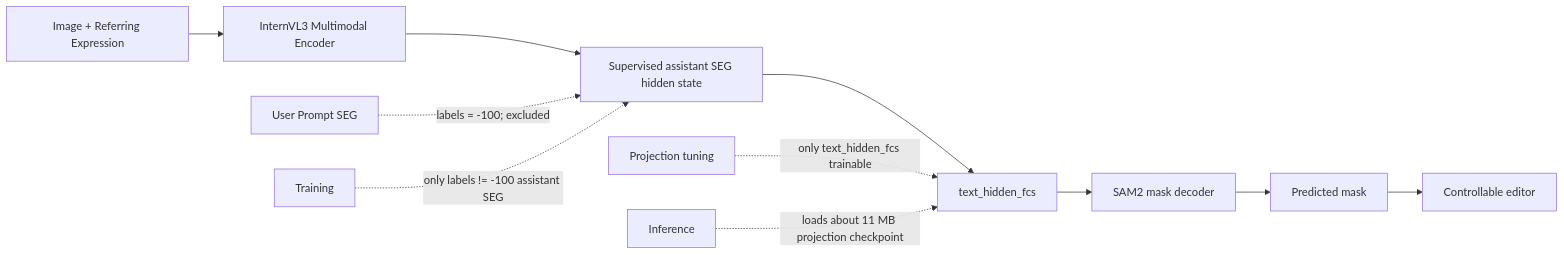
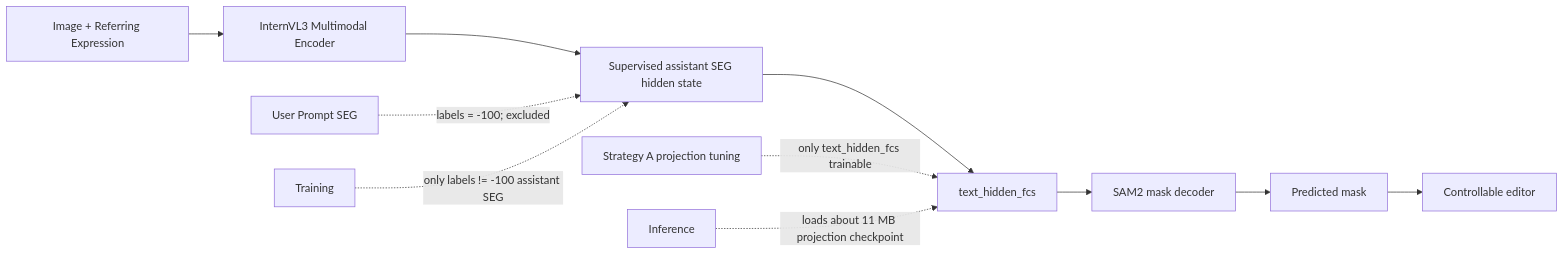
The diagram in projects/chartground_edit/README.md (wdqaa/Sa2VA), drawn with Mermaid before and after one commit. The commit also changed other lines of this file and 12 other files, not shown here.

Commit message:
feat(chartground): add frozen synthetic v2 LoRA benchmark

````diff
--- a/projects/chartground_edit/README.md
+++ b/projects/chartground_edit/README.md
@@ -18,14 +18,14 @@
 ```mermaid
 flowchart LR
     A[Image + Referring Expression] --> B[InternVL3 Multimodal Encoder]
     B --> C[Supervised assistant SEG hidden state]
     C --> D[text_hidden_fcs]
     D --> E[SAM2 mask decoder]
     E --> F[Predicted mask]
     F --> G[Controllable editor]
 
     U[User Prompt SEG] -. labels = -100; excluded .-> C
     T[Training] -. only labels != -100 assistant SEG .-> C
-    P[Projection tuning] -. only text_hidden_fcs trainable .-> D
+    P[Strategy A projection tuning] -. only text_hidden_fcs trainable .-> D
     Q[Inference] -. loads about 11 MB projection checkpoint .-> D
 ```
````
